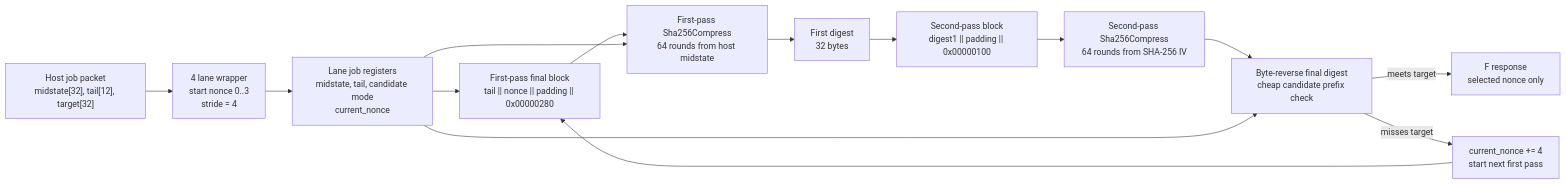
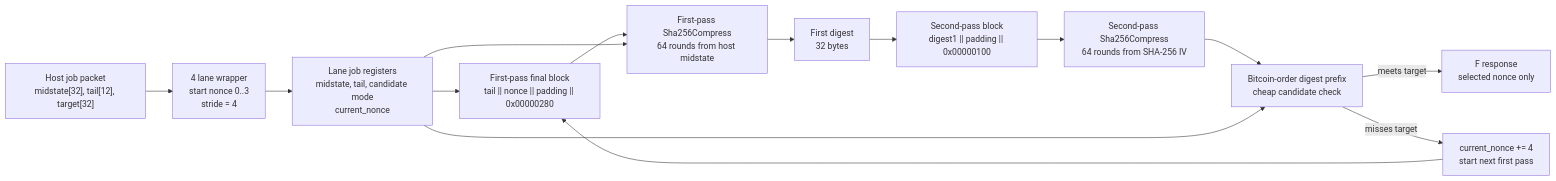
Before and after one commit to Distortions81/TangMiner: the first of 4 diagrams in docs/compression-circuitry.md, drawn with Mermaid. The commit also changed other lines of this file and 12 other files, not shown here.

Commit message:
Set 20K clock to 100 MHz and document mining flows

````diff
--- a/docs/compression-circuitry.md
+++ b/docs/compression-circuitry.md
@@ -14,28 +14,28 @@
 ```mermaid
 flowchart LR
     host["Host job packet<br/>midstate[32], tail[12], target[32]"]
     lanes["4 lane wrapper<br/>start nonce 0..3<br/>stride = 4"]
     regs["Lane job registers<br/>midstate, tail, candidate mode<br/>current_nonce"]
     first_block["First-pass final block<br/>tail || nonce || padding || 0x00000280"]
     comp1["First-pass Sha256Compress<br/>64 rounds from host midstate"]
     digest1["First digest<br/>32 bytes"]
     second_block["Second-pass block<br/>digest1 || padding || 0x00000100"]
     comp2["Second-pass Sha256Compress<br/>64 rounds from SHA-256 IV"]
-    compare["Byte-reverse final digest<br/>cheap candidate prefix check"]
+    compare["Bitcoin-order digest prefix<br/>cheap candidate check"]
     found["F response<br/>selected nonce only"]
     next["current_nonce += 4<br/>start next first pass"]
 
     host --> lanes
     lanes --> regs
     regs --> first_block
     first_block --> comp1
     regs --> comp1
     comp1 --> digest1
     digest1 --> second_block
     second_block --> comp2
     comp2 --> compare
     regs --> compare
     compare -->|meets target| found
     compare -->|misses target| next
     next --> first_block
 ```
````
